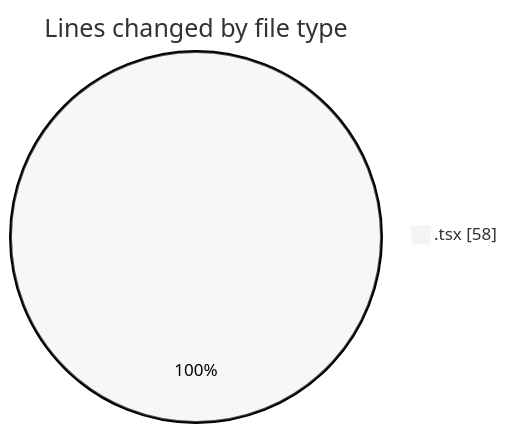
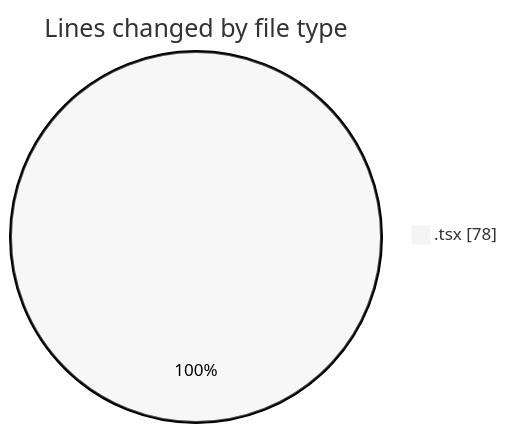
Before and after one commit to momahboobian/code-tracking: the first of 2 diagrams in 2026-04-23/cda/README.md, drawn with Mermaid (neutral theme). The commit also changed other lines of this file and 1 other file, not shown here.

````diff
--- a/2026-04-23/cda/README.md
+++ b/2026-04-23/cda/README.md
@@ -20,5 +20,5 @@
 ```mermaid
 pie showData
 title Lines changed by file type
-".tsx" : 58
+".tsx" : 78
 ```
````
